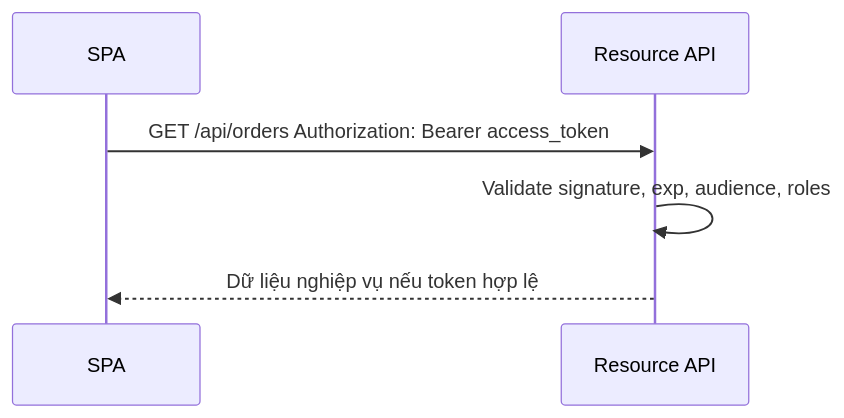
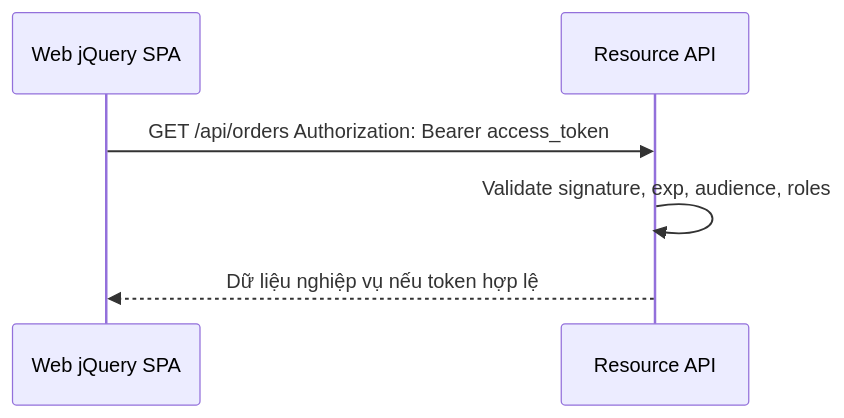
One commit to cleondev/SSOExample changed the fourth of 5 diagrams in docs/sso-design.md. Above: the diagram before and after it, drawn with Mermaid. The commit also changed other lines of this file and 18 other files, not shown here.

Commit message:
Host jQuery SPA in Web project only

````diff
--- a/docs/sso-design.md
+++ b/docs/sso-design.md
@@ -92,9 +92,9 @@
 ```mermaid
 sequenceDiagram
-    participant SPA as SPA
+    participant Web as Web jQuery SPA
     participant API as Resource API
 
-    SPA->>API: GET /api/orders Authorization: Bearer access_token
+    Web->>API: GET /api/orders Authorization: Bearer access_token
     API->>API: Validate signature, exp, audience, roles
-    API-->>SPA: Dữ liệu nghiệp vụ nếu token hợp lệ
+    API-->>Web: Dữ liệu nghiệp vụ nếu token hợp lệ
 ```
````
